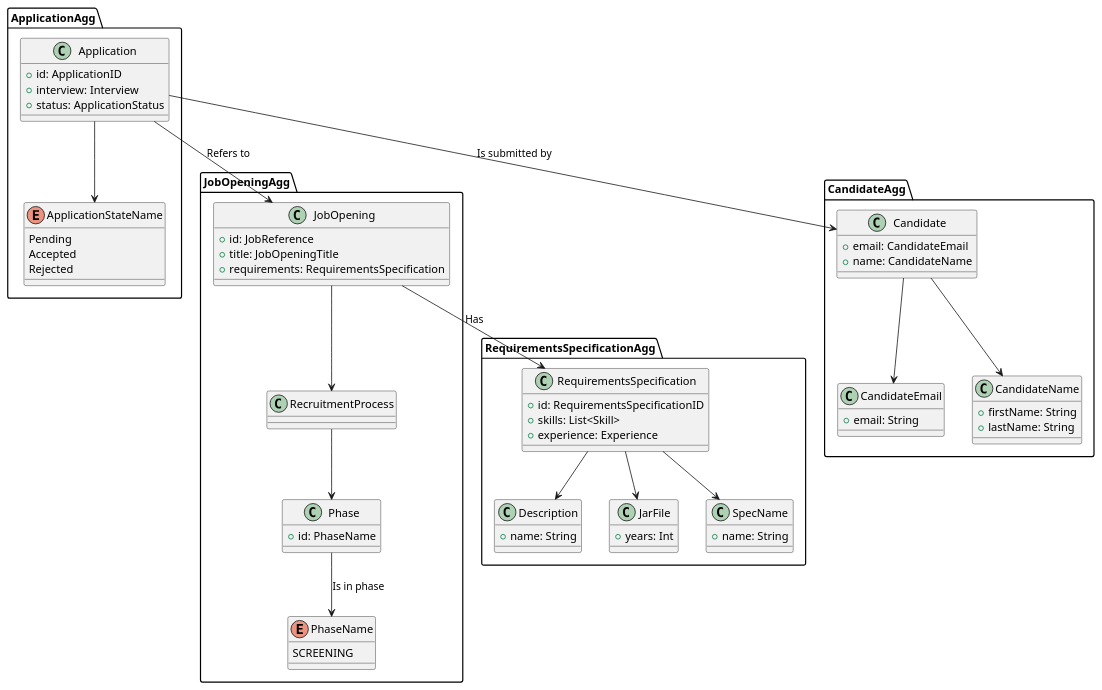
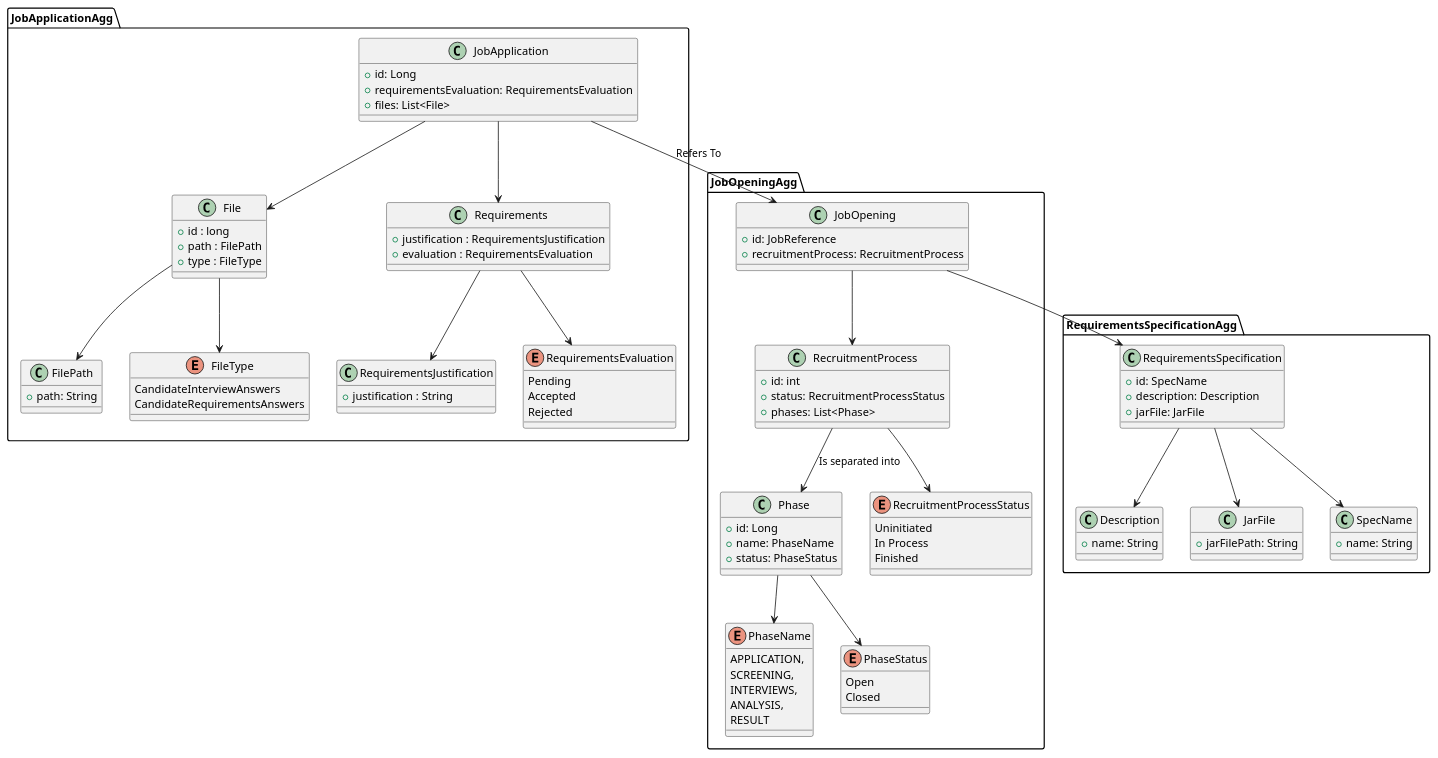
One commit to Mendoncaa/LAPR4 changed the diagram in docs/sprintC/US1015/02.analysis/puml/DM.puml. Above: the diagram before and after it, drawn with PlantUML. The commit also changed 2 other files, not shown here.

Commit message:
#41 US1015 development diagrams.
Diagrams developed:

- System Sequence Diagram
- Domain Model

```diff
--- a/docs/sprintC/US1015/02.analysis/puml/DM.puml
+++ b/docs/sprintC/US1015/02.analysis/puml/DM.puml
@@ -1,93 +1,121 @@
 @startuml DomainModel
-package JobOpeningAgg {
-
-    class JobOpening {
-        +id: JobReference
-        +title: JobOpeningTitle
-        +requirements: RequirementsSpecification
-    }
-
-    class Phase {
-        +id: PhaseName
-    }
-
-    enum PhaseName {
-        SCREENING
-    }
-
-    JobOpening --> RecruitmentProcess
-    RecruitmentProcess --> Phase
-    Phase --> PhaseName: "Is in phase"
-}
-
-package ApplicationAgg {
-    class Application {
-        +id: ApplicationID
-        +interview: Interview
-        +status: ApplicationStatus
-    }
-
-
-    enum ApplicationStateName {
-        Pending
-        Accepted
-        Rejected
-    }
-
-
-    Application --> JobOpening : Refers to
-
-    Application --> ApplicationStateName
-}
-
 package RequirementsSpecificationAgg {
 
     class RequirementsSpecification {
-        +id: RequirementsSpecificationID
-        +skills: List<Skill>
-        +experience: Experience
+        +id: SpecName
+        +description: Description
+        +jarFile: JarFile
     }
 
     class Description {
         +name: String
     }
 
     class JarFile {
-        +years: Int
+        + jarFilePath: String
     }
     class SpecName {
         +name: String
     }
 
-    JobOpening --> RequirementsSpecification : Has
     RequirementsSpecification --> Description
     RequirementsSpecification --> JarFile
     RequirementsSpecification --> SpecName
 
 }
-
-package CandidateAgg {
-    class Candidate {
-        +email: CandidateEmail
-        +name: CandidateName
+package JobApplicationAgg {
+    class JobApplication {
+        +id: Long
+        +requirementsEvaluation: RequirementsEvaluation
+        +files: List<File>
     }
 
-    class CandidateEmail {
-        +email: String
+    class File
+    {
+        +id : long
+        +path : FilePath
+        +type : FileType
     }
 
-    class CandidateName {
-        +firstName: String
-        +lastName: String
+    class FilePath {
+        +path: String
     }
 
-    Application --> Candidate : Is submitted by
-    Candidate --> CandidateEmail
-    Candidate --> CandidateName
+    enum FileType
+    {
+        CandidateInterviewAnswers
+        CandidateRequirementsAnswers
+    }
 
+    class Requirements
+    {
+        +justification : RequirementsJustification
+        +evaluation : RequirementsEvaluation
+    }
+
+    class RequirementsJustification
+    {
+        +justification : String
+    }
+
+    enum RequirementsEvaluation {
+        Pending
+        Accepted
+        Rejected
+    }
+    JobApplication --> Requirements
+    JobApplication --> File
+
+    Requirements --> RequirementsJustification
+    Requirements --> RequirementsEvaluation
+
+    File --> FilePath
+    File --> FileType
+}
+package JobOpeningAgg {
+
+    class JobOpening {
+        +id: JobReference
+        +recruitmentProcess: RecruitmentProcess
+    }
+    class RecruitmentProcess {
+        +id: int
+        +status: RecruitmentProcessStatus
+        +phases: List<Phase>
+    }
+
+    class Phase {
+        +id: Long
+        +name: PhaseName
+        +status: PhaseStatus
+    }
+
+    enum PhaseName {
+            APPLICATION,
+            SCREENING,
+            INTERVIEWS,
+            ANALYSIS,
+            RESULT
+    }
+
+    enum PhaseStatus {
+        Open
+        Closed
+    }
+
+    enum RecruitmentProcessStatus {
+        Uninitiated
+        In Process
+        Finished
+    }
+
+    JobOpening --> RecruitmentProcess
+    RecruitmentProcess --> RecruitmentProcessStatus
+    RecruitmentProcess --> Phase : "Is separated into"
+    Phase --> PhaseName
+    Phase --> PhaseStatus
 }
 
-
-
-
+JobOpening --> RequirementsSpecification
+JobApplication --> JobOpening : Refers To
 @enduml
```
